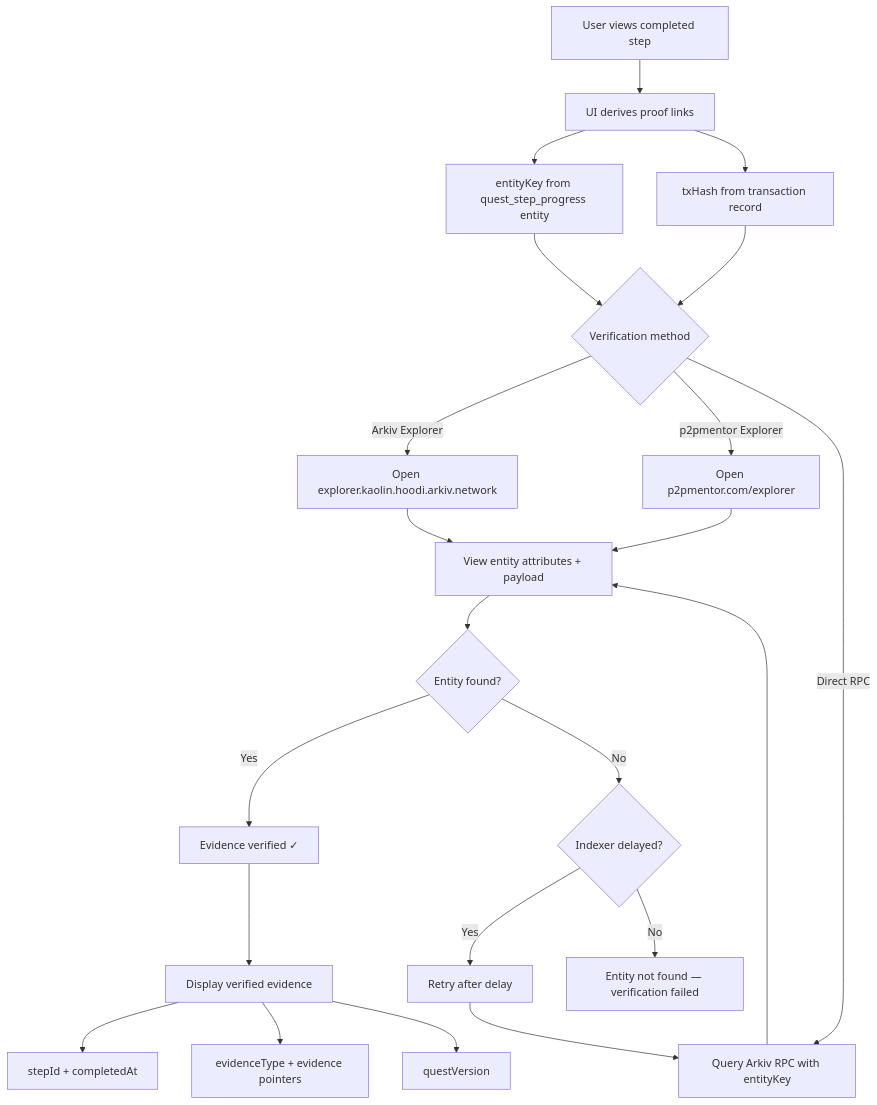
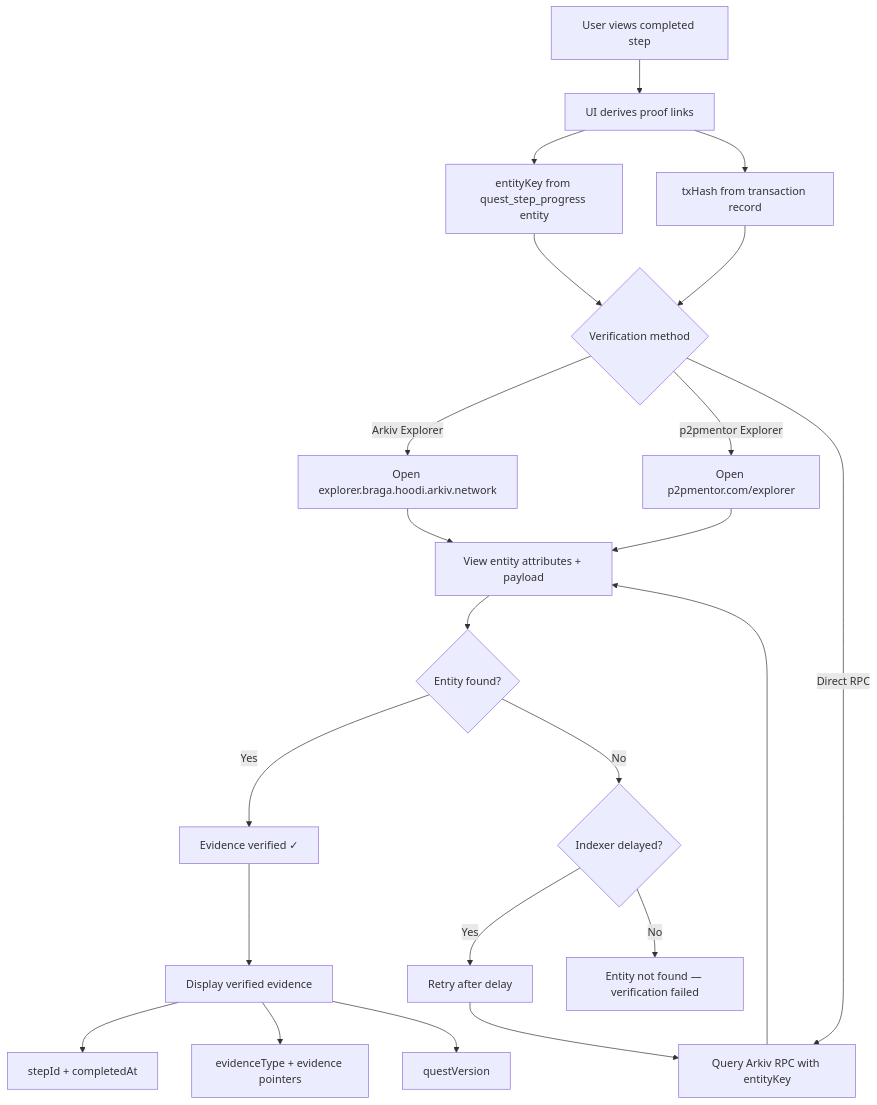
One commit to understories/p2pmentor changed the diagram in docs/betadocs/arkiv/flows/evidence-verification-flow.md. Above: the diagram before and after it, drawn with Mermaid. The commit also changed other lines of this file and 89 other files, not shown here.

First line of the commit message:
refactor: migrate from Kaolin to Braga testnet

````diff
--- a/docs/betadocs/arkiv/flows/evidence-verification-flow.md
+++ b/docs/betadocs/arkiv/flows/evidence-verification-flow.md
@@ -9,30 +9,30 @@
 ```mermaid
 flowchart TD
     A["User views completed step"] --> B["UI derives proof links"]
     B --> B1["entityKey from quest_step_progress entity"]
     B --> B2["txHash from transaction record"]
 
     B1 --> C{"Verification method"}
     B2 --> C
 
-    C -->|"Arkiv Explorer"| D["Open explorer.kaolin.hoodi.arkiv.network"]
+    C -->|"Arkiv Explorer"| D["Open explorer.braga.hoodi.arkiv.network"]
     C -->|"p2pmentor Explorer"| E["Open p2pmentor.com/explorer"]
     C -->|"Direct RPC"| F["Query Arkiv RPC with entityKey"]
 
     D --> G["View entity attributes + payload"]
     E --> G
     F --> G
 
     G --> H{"Entity found?"}
     H -->|Yes| I["Evidence verified ✓"]
     H -->|No| J{"Indexer delayed?"}
 
     J -->|Yes| K["Retry after delay"]
     K --> F
     J -->|No| L["Entity not found — verification failed"]
 
     I --> M["Display verified evidence"]
     M --> M1["stepId + completedAt"]
     M --> M2["evidenceType + evidence pointers"]
     M --> M3["questVersion"]
 ```
````
